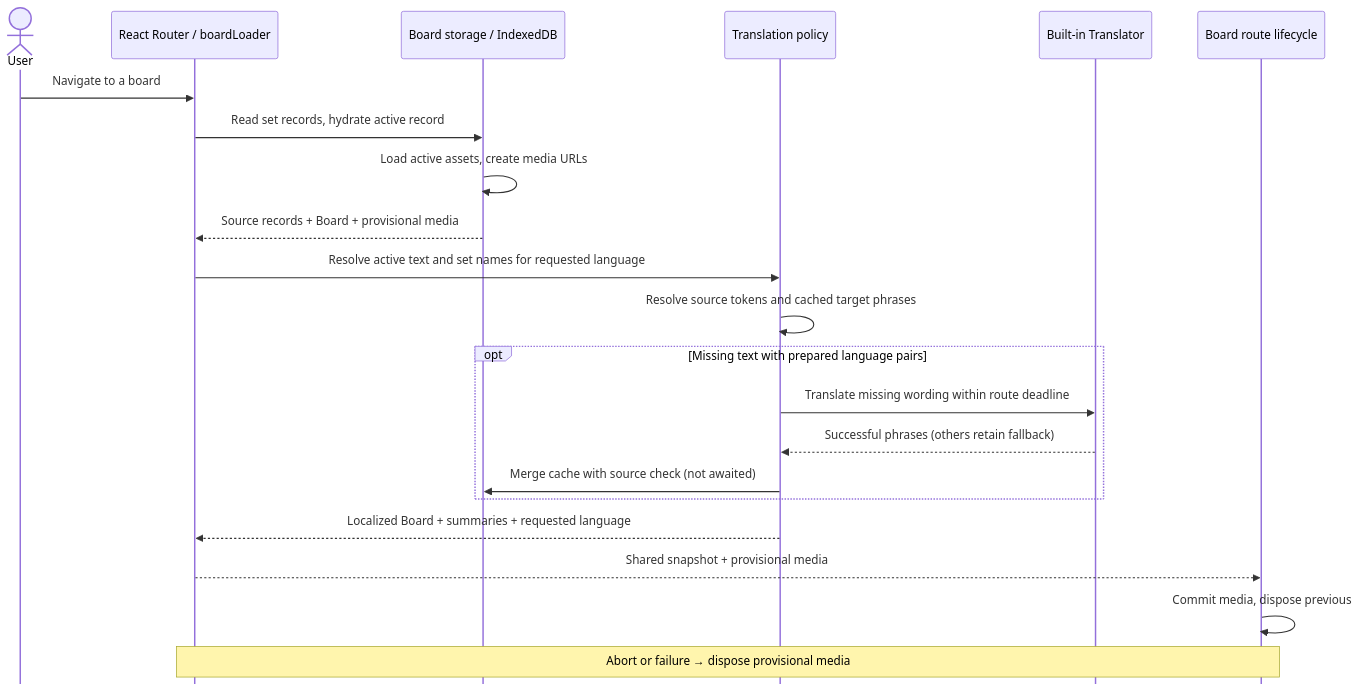
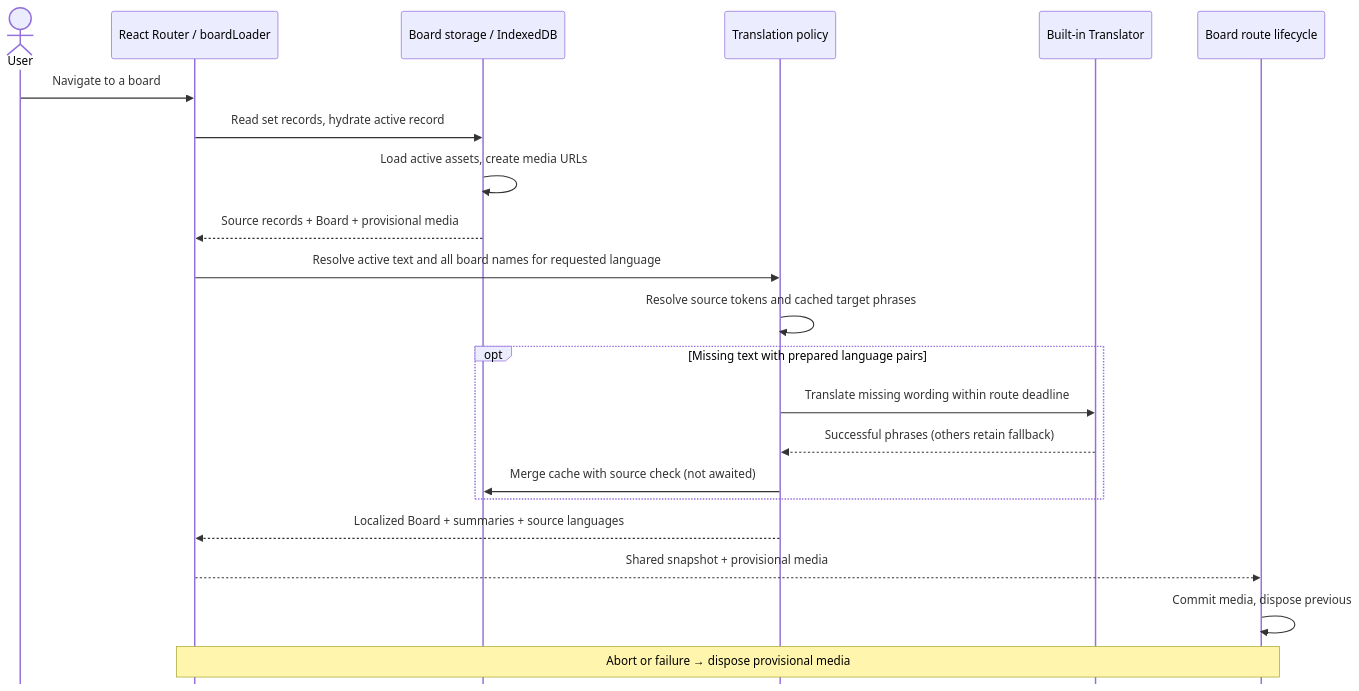
One commit to shayc/aac-board-ai changed the second of 2 diagrams in docs/architecture.md. Above: the diagram before and after it, drawn with Mermaid. The commit also changed other lines of this file and 12 other files, not shown here.

Commit message:
fix(board): clarify localization terms and selector label language

````diff
--- a/docs/architecture.md
+++ b/docs/architecture.md
@@ -122,32 +122,32 @@
 ```mermaid
 %%{init: { "sequence": { "mirrorActors": false }}}%%
 sequenceDiagram
     accTitle: Opening a board
     accDescr: React Router hydrates a board from IndexedDB, optionally translates it, then renders it and commits its media resources.
 
     actor User
     participant Router as React Router / boardLoader
     participant Storage as Board storage / IndexedDB
     participant Translation as Translation policy
     participant AI as Built-in Translator
     participant Route as Board route lifecycle
 
     User->>Router: Navigate to a board
     Router->>Storage: Read set records, hydrate active record
     Storage->>Storage: Load active assets, create media URLs
     Storage-->>Router: Source records + Board + provisional media
-    Router->>Translation: Resolve active text and set names for requested language
+    Router->>Translation: Resolve active text and all board names for requested language
     Translation->>Translation: Resolve source tokens and cached target phrases
 
     opt Missing text with prepared language pairs
         Translation->>AI: Translate missing wording within route deadline
         AI-->>Translation: Successful phrases (others retain fallback)
         Translation->>Storage: Merge cache with source check (not awaited)
     end
 
-    Translation-->>Router: Localized Board + summaries + requested language
+    Translation-->>Router: Localized Board + summaries + source languages
     Router-->>Route: Shared snapshot + provisional media
     Route->>Route: Commit media, dispose previous
 
     Note over Router,Route: Abort or failure → dispose provisional media
 ```
````
